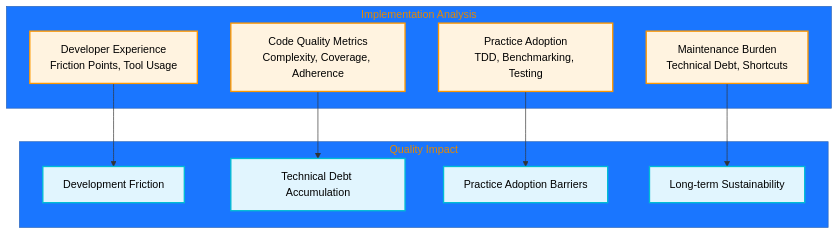
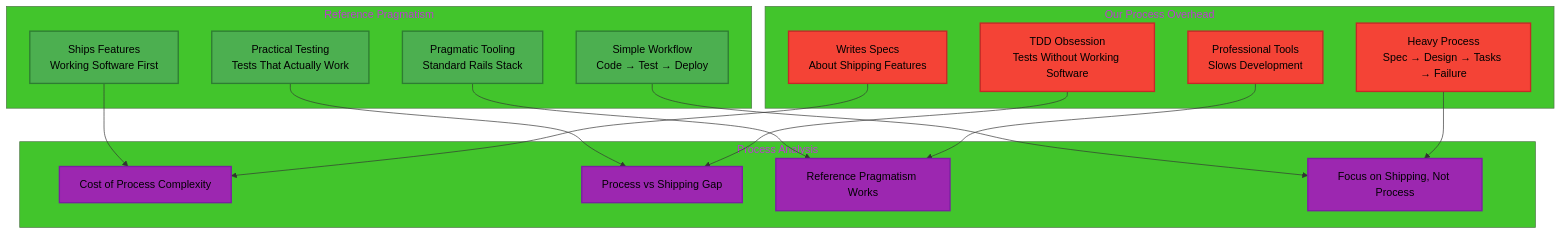
The fifth of 7 diagrams in .kiro/specs/S03-reflect-learn-improve-sop/design.md (that-in-rust/campfire-on-rust), drawn with Mermaid before and after one commit. The commit also changed other lines of this file and 2 other files, not shown here.

````diff
--- a/.kiro/specs/S03-reflect-learn-improve-sop/design.md
+++ b/.kiro/specs/S03-reflect-learn-improve-sop/design.md
@@ -158,28 +233,44 @@
 ```mermaid
-%%{init: {'theme':'base', 'themeVariables': {'primaryColor':'#ff9800','primaryTextColor':'#000000','primaryBorderColor':'#ff9800','lineColor':'#333333'}}}%%
+%%{init: {'theme':'base', 'themeVariables': {'primaryColor':'#9c27b0','primaryTextColor':'#000000','primaryBorderColor':'#9c27b0','lineColor':'#333333'}}}%%
 graph TD
-    subgraph "Implementation Analysis"
-        CODE_QUALITY[Code Quality Metrics<br/>Complexity, Coverage, Adherence]
-        DEV_EXPERIENCE[Developer Experience<br/>Friction Points, Tool Usage]
-        PRACTICES[Practice Adoption<br/>TDD, Benchmarking, Testing]
-        MAINTENANCE[Maintenance Burden<br/>Technical Debt, Shortcuts]
+    subgraph "Reference Pragmatism"
+        REF_SHIP[Ships Features<br/>Working Software First]
+        REF_SIMPLE_TESTS[Practical Testing<br/>Tests That Actually Work]
+        REF_TOOLS[Pragmatic Tooling<br/>Standard Rails Stack]
+        REF_WORKFLOW[Simple Workflow<br/>Code → Test → Deploy]
     end
     
-    subgraph "Quality Impact"
-        FRICTION[Development Friction]
-        DEBT[Technical Debt Accumulation]
-        ADOPTION[Practice Adoption Barriers]
-        SUSTAINABILITY[Long-term Sustainability]
+    subgraph "Our Process Overhead"
+        OUR_SPECS[Writes Specs<br/>About Shipping Features]
+        OUR_TDD[TDD Obsession<br/>Tests Without Working Software]
+        OUR_PROFESSIONAL[Professional Tools<br/>Slows Development]
+        OUR_HEAVY[Heavy Process<br/>Spec → Design → Tasks → Failure]
     end
     
-    CODE_QUALITY --> DEBT
-    DEV_EXPERIENCE --> FRICTION
-    PRACTICES --> ADOPTION
-    MAINTENANCE --> SUSTAINABILITY
+    subgraph "Process Analysis"
+        OVERHEAD_COST[Cost of Process Complexity]
+        SHIPPING_GAP[Process vs Shipping Gap]
+        PRAGMATIC_WINS[Reference Pragmatism Works]
+        PROCESS_LESSON[Focus on Shipping, Not Process]
+    end
     
-    classDef impl fill:#fff3e0,stroke:#ff9800,stroke-width:2px,color:#000000
-    classDef impact fill:#e1f5fe,stroke:#00bcd4,stroke-width:2px,color:#000000
+    REF_SHIP --> OVERHEAD_COST
+    OUR_SPECS --> OVERHEAD_COST
     
-    class CODE_QUALITY,DEV_EXPERIENCE,PRACTICES,MAINTENANCE impl
-    class FRICTION,DEBT,ADOPTION,SUSTAINABILITY impact
+    REF_SIMPLE_TESTS --> SHIPPING_GAP
+    OUR_TDD --> SHIPPING_GAP
+    
+    REF_TOOLS --> PRAGMATIC_WINS
+    OUR_PROFESSIONAL --> PRAGMATIC_WINS
+    
+    REF_WORKFLOW --> PROCESS_LESSON
+    OUR_HEAVY --> PROCESS_LESSON
+    
+    classDef reference fill:#4caf50,stroke:#2e7d32,stroke-width:2px,color:#000000
+    classDef overhead fill:#f44336,stroke:#c62828,stroke-width:2px,color:#000000
+    classDef analysis fill:#9c27b0,stroke:#7b1fa2,stroke-width:2px,color:#000000
+    
+    class REF_SHIP,REF_SIMPLE_TESTS,REF_TOOLS,REF_WORKFLOW reference
+    class OUR_SPECS,OUR_TDD,OUR_PROFESSIONAL,OUR_HEAVY overhead
+    class OVERHEAD_COST,SHIPPING_GAP,PRAGMATIC_WINS,PROCESS_LESSON analysis
 ```
````
